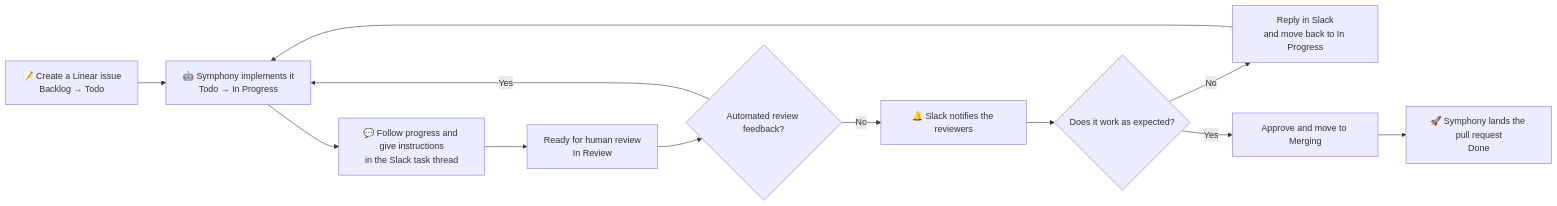
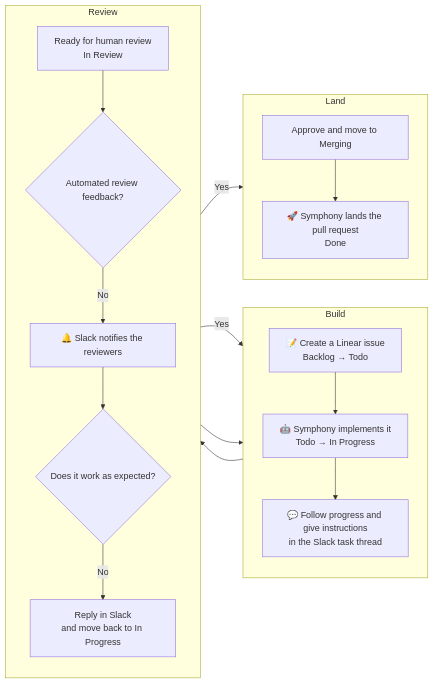
Before and after one commit to hiroppy/orchestrators: the diagram in README.md, drawn with Mermaid.

Commit message:
docs: make workflow diagram more compact

````diff
--- a/README.md
+++ b/README.md
@@ -32,19 +32,34 @@
 ```mermaid
 flowchart LR
-  create["📝 Create a Linear issue<br/>Backlog → Todo"]
-  implement["🤖 Symphony implements it<br/>Todo → In Progress"]
-  slack["💬 Follow progress and give instructions<br/>in the Slack task thread"]
-  review["Ready for human review<br/>In Review"]
-  automated{"Automated review feedback?"}
-  notify["🔔 Slack notifies the reviewers"]
-  verify{"Does it work as expected?"}
-  feedback["Reply in Slack<br/>and move back to In Progress"]
-  merging["Approve and move to Merging"]
-  done["🚀 Symphony lands the pull request<br/>Done"]
+  subgraph build["Build"]
+    direction TB
+    create["📝 Create a Linear issue<br/>Backlog → Todo"]
+    implement["🤖 Symphony implements it<br/>Todo → In Progress"]
+    slack["💬 Follow progress and give instructions<br/>in the Slack task thread"]
+    create --> implement --> slack
+  end
 
-  create --> implement --> slack --> review --> automated
+  subgraph reviewCycle["Review"]
+    direction TB
+    review["Ready for human review<br/>In Review"]
+    automated{"Automated review feedback?"}
+    notify["🔔 Slack notifies the reviewers"]
+    verify{"Does it work as expected?"}
+    feedback["Reply in Slack<br/>and move back to In Progress"]
+    review --> automated
+    automated -- No --> notify --> verify
+    verify -- No --> feedback
+  end
+
+  subgraph land["Land"]
+    direction TB
+    merging["Approve and move to Merging"]
+    done["🚀 Symphony lands the pull request<br/>Done"]
+    merging --> done
+  end
+
+  slack --> review
   automated -- Yes --> implement
-  automated -- No --> notify --> verify
-  verify -- No --> feedback --> implement
-  verify -- Yes --> merging --> done
+  feedback --> implement
+  verify -- Yes --> merging
 ```
````
